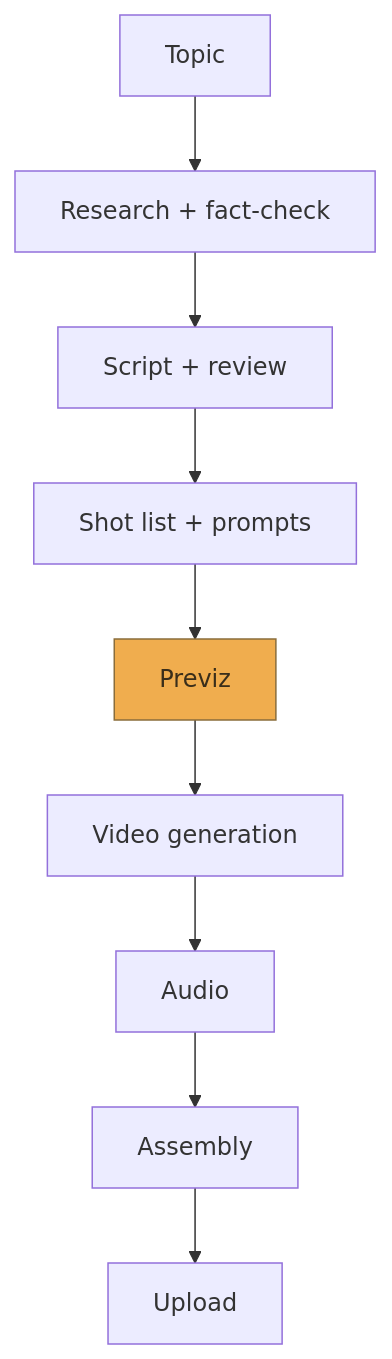
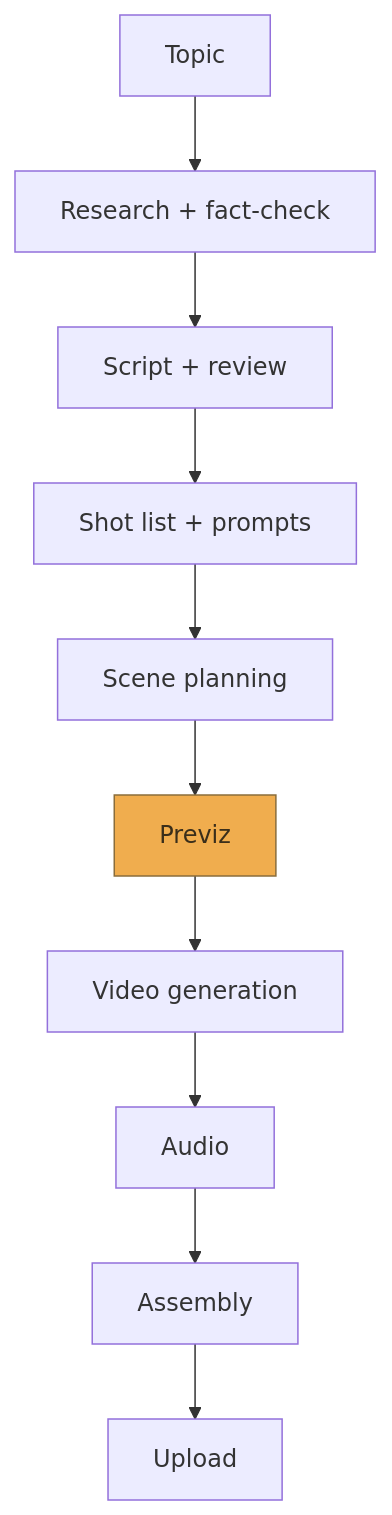
The diagram in docs/architecture.md (seanconwaydev/horror-video-ai), drawn with Mermaid before and after one commit. The commit also changed other lines of this file and 2 other files, not shown here.

````diff
--- a/docs/architecture.md
+++ b/docs/architecture.md
@@ -44,14 +51,15 @@
 ```mermaid
 flowchart TD
     A[Topic] --> B[Research + fact-check]
     B --> C[Script + review]
     C --> D[Shot list + prompts]
-    D --> E[Previz]
+    D --> SP[Scene planning]
+    SP --> E[Previz]
     E --> F[Video generation]
     F --> G[Audio]
     G --> H[Assembly]
     H --> I[Upload]
 
     classDef gate fill:#f0ad4e,stroke:#8a6d3b,color:#3a2e1a;
     class E gate;
 ```
````
